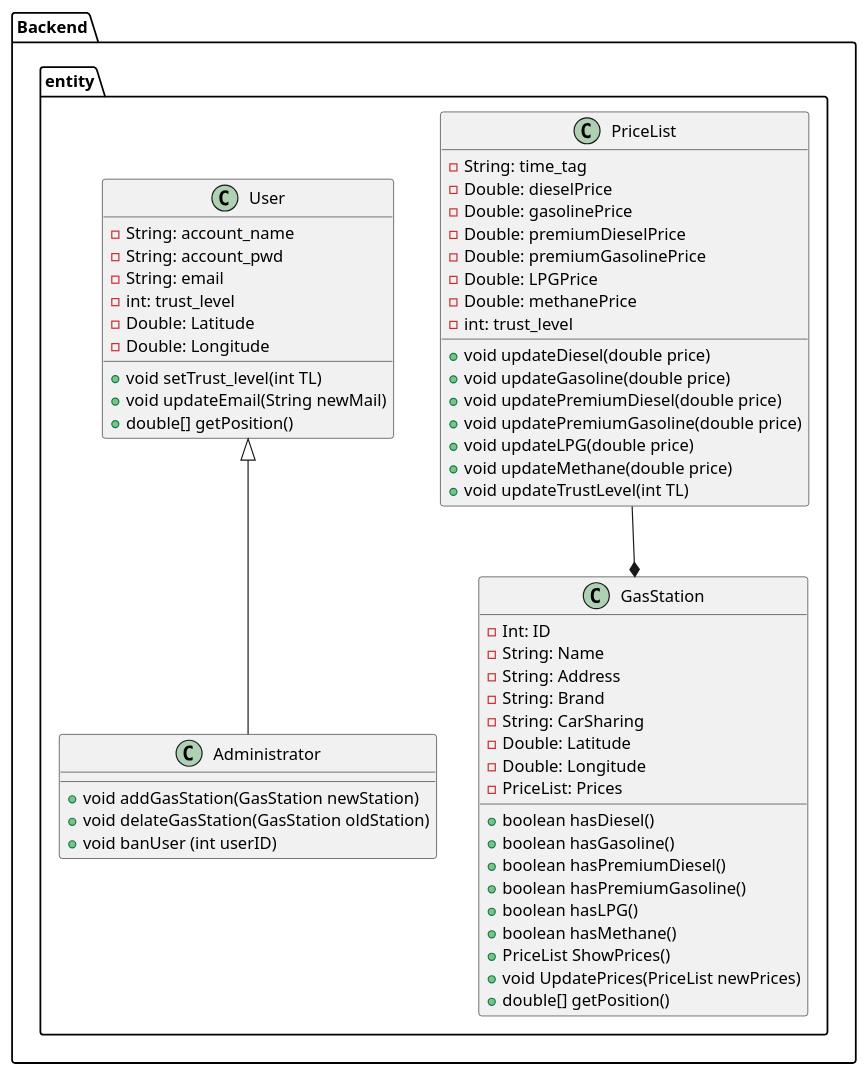
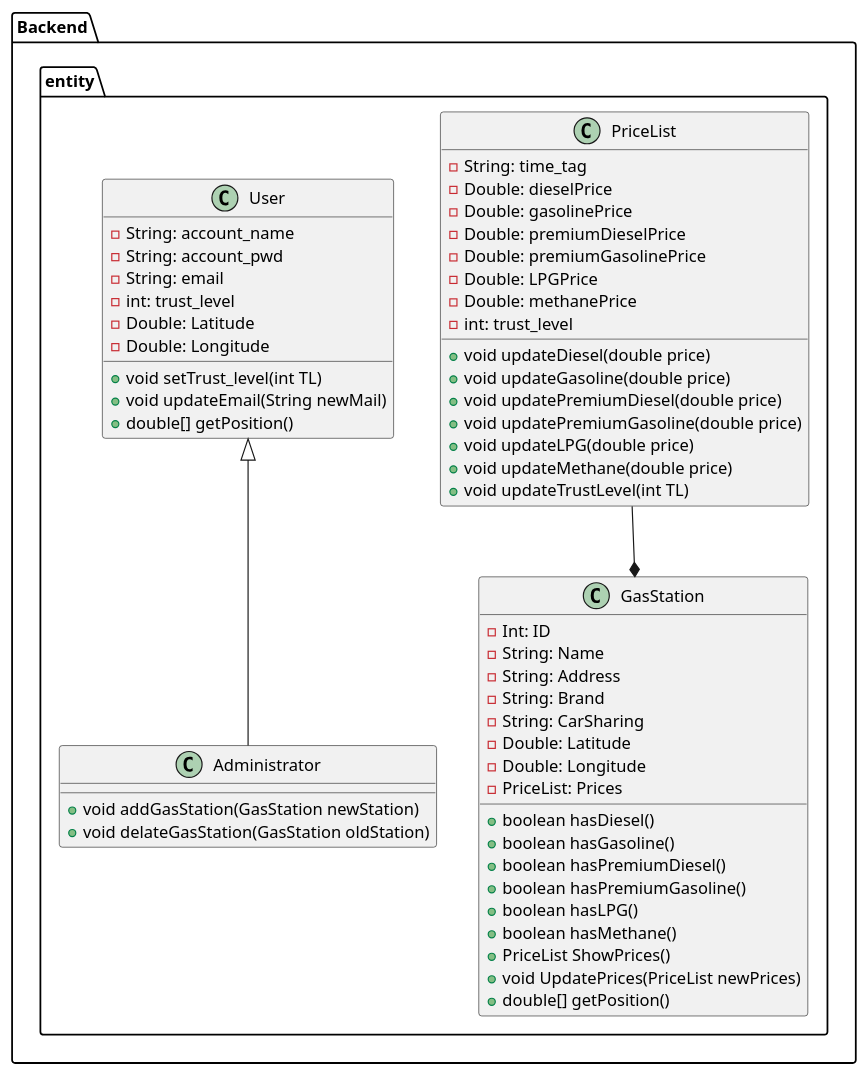
Before and after one commit to MattiaRiola/ezgas: the fourth of 8 diagrams in docs/DesignDocument.md, drawn with PlantUML.

Commit message:
Fix: Delate method banUser in Administrator class

````diff
--- a/docs/DesignDocument.md
+++ b/docs/DesignDocument.md
@@ -226,68 +226,67 @@
 ```plantuml
 @startuml
 package "Backend" {
     package "entity" {
         class GasStation {
             -Int: ID
             -String: Name
             -String: Address
             -String: Brand
             -String: CarSharing
             -Double: Latitude
             -Double: Longitude
             -PriceList: Prices
             +boolean hasDiesel()
             +boolean hasGasoline()
             +boolean hasPremiumDiesel()
             +boolean hasPremiumGasoline()
             +boolean hasLPG()
             +boolean hasMethane()
             +PriceList ShowPrices()
             +void UpdatePrices(PriceList newPrices)
             +double[] getPosition()
         }
 
         class PriceList {
             -String: time_tag
             -Double: dieselPrice
             -Double: gasolinePrice
             -Double: premiumDieselPrice
             -Double: premiumGasolinePrice
             -Double: LPGPrice
             -Double: methanePrice
             -int: trust_level
             +void updateDiesel(double price)
             +void updateGasoline(double price)
             +void updatePremiumDiesel(double price)
             +void updatePremiumGasoline(double price)
             +void updateLPG(double price)
             +void updateMethane(double price)
             +void updateTrustLevel(int TL)
         }
 
         class User {
             -String: account_name
             -String: account_pwd
             -String: email
             -int: trust_level
             -Double: Latitude
             -Double: Longitude
 
             +void setTrust_level(int TL)
             +void updateEmail(String newMail)
             +double[] getPosition()
         }
 
         class Administrator {
             +void addGasStation(GasStation newStation)
             +void delateGasStation(GasStation oldStation)
-            +void banUser (int userID)
         }
 
         GasStation *-up- PriceList
         User <|-down- Administrator
     }
 }
 
 @enduml
 ```
````
